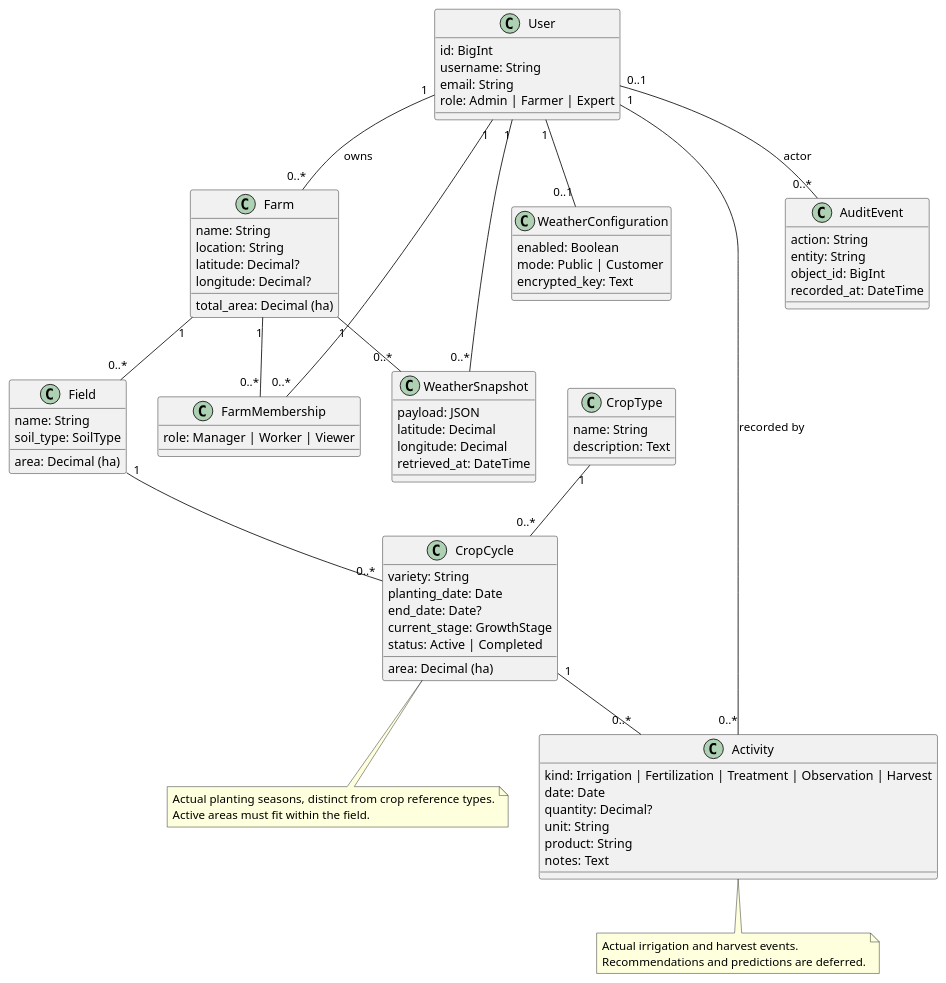
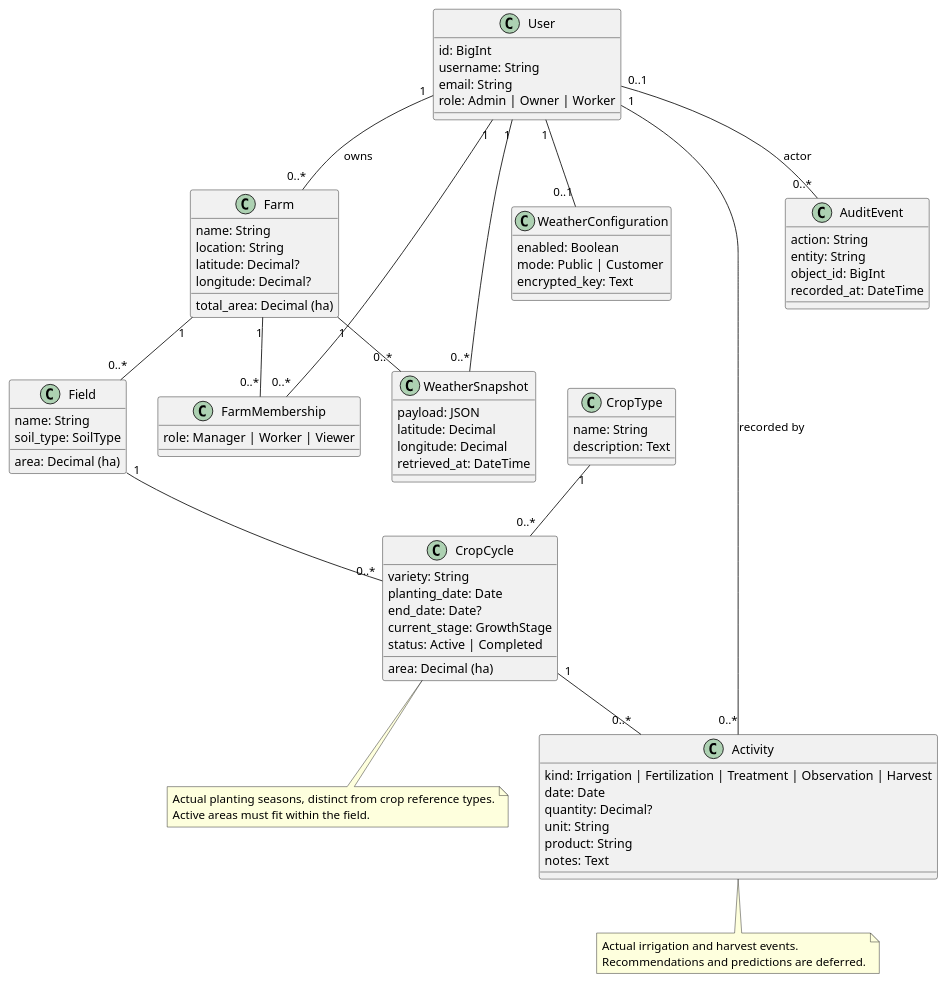
One commit to WasMas/Farm_App changed the diagram in docs/class-diagram.puml. Above: the diagram before and after it, drawn with PlantUML. The commit also changed 30 other files, not shown here.

```diff
--- a/docs/class-diagram.puml
+++ b/docs/class-diagram.puml
@@ -1,81 +1,81 @@
 @startuml Fieldbook_MVP
 skinparam classAttributeIconSize 0
 class User {
   id: BigInt
   username: String
   email: String
-  role: Admin | Farmer | Expert
+  role: Admin | Owner | Worker
 }
 class Farm {
   name: String
   location: String
   total_area: Decimal (ha)
   latitude: Decimal?
   longitude: Decimal?
 }
 class FarmMembership {
   role: Manager | Worker | Viewer
 }
 class Field {
   name: String
   area: Decimal (ha)
   soil_type: SoilType
 }
 class CropType {
   name: String
   description: Text
 }
 class CropCycle {
   variety: String
   planting_date: Date
   end_date: Date?
   area: Decimal (ha)
   current_stage: GrowthStage
   status: Active | Completed
 }
 class Activity {
   kind: Irrigation | Fertilization | Treatment | Observation | Harvest
   date: Date
   quantity: Decimal?
   unit: String
   product: String
   notes: Text
 }
 class WeatherConfiguration {
   enabled: Boolean
   mode: Public | Customer
   encrypted_key: Text
 }
 class WeatherSnapshot {
   payload: JSON
   latitude: Decimal
   longitude: Decimal
   retrieved_at: DateTime
 }
 class AuditEvent {
   action: String
   entity: String
   object_id: BigInt
   recorded_at: DateTime
 }
 User "1" -- "0..*" Farm : owns
 User "1" -- "0..*" FarmMembership
 Farm "1" -- "0..*" FarmMembership
 Farm "1" -- "0..*" Field
 Field "1" -- "0..*" CropCycle
 CropType "1" -- "0..*" CropCycle
 CropCycle "1" -- "0..*" Activity
 User "1" -- "0..*" Activity : recorded by
 User "1" -- "0..1" WeatherConfiguration
 User "1" -- "0..*" WeatherSnapshot
 Farm "1" -- "0..*" WeatherSnapshot
 User "0..1" -- "0..*" AuditEvent : actor
 note bottom of CropCycle
   Actual planting seasons, distinct from crop reference types.
   Active areas must fit within the field.
 end note
 note bottom of Activity
   Actual irrigation and harvest events.
   Recommendations and predictions are deferred.
 end note
 @enduml
```
